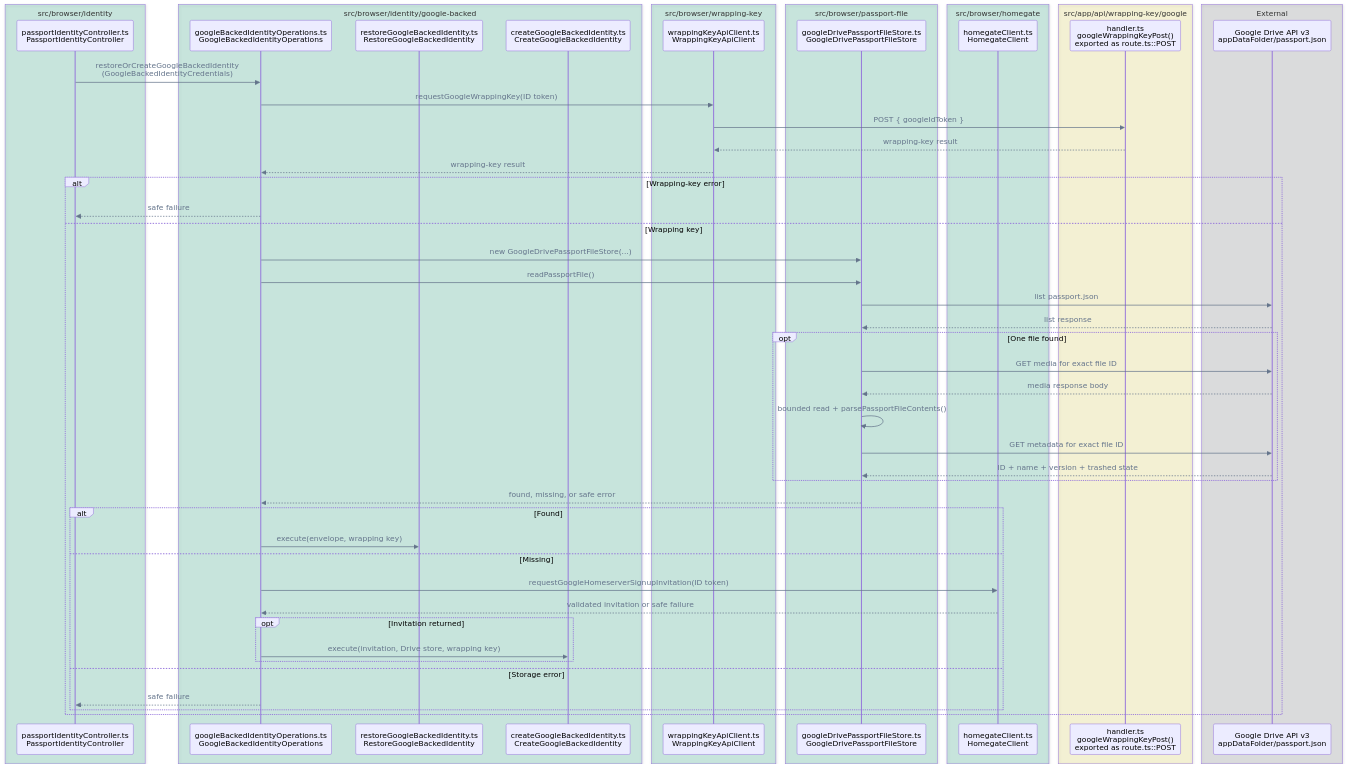
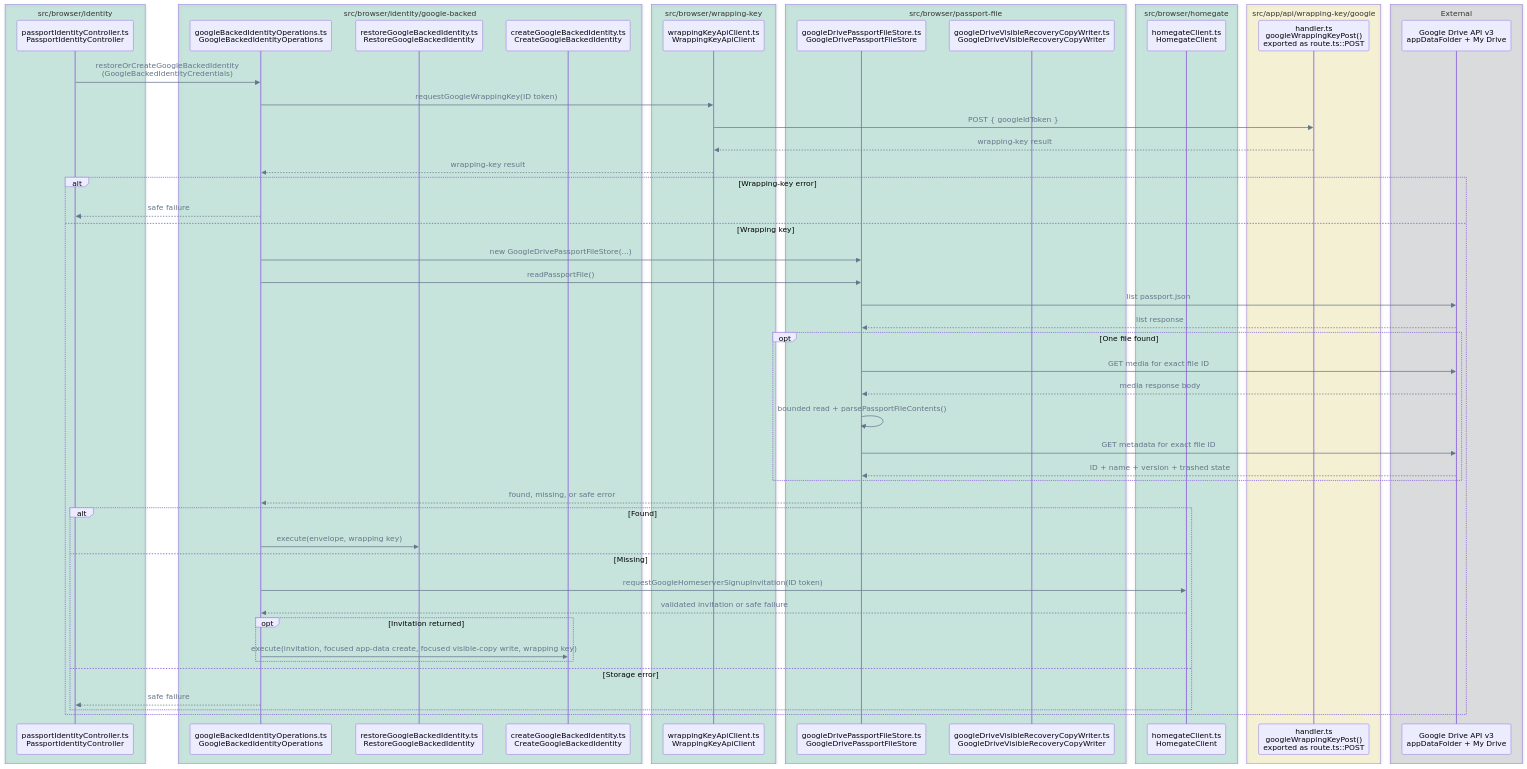
Before and after one commit to pubky/pubky-passport: the eighth of 14 diagrams in FLOWS.md, drawn with Mermaid. The commit also changed other lines of this file and 19 other files, not shown here.

Commit message:
feat: add visible Drive recovery copies

````diff
--- a/FLOWS.md
+++ b/FLOWS.md
@@ -377,62 +378,63 @@
 ```mermaid
 %%{init: {"themeVariables": {"signalColor": "#64748B", "signalTextColor": "#64748B"}}}%%
 sequenceDiagram
     accTitle: Google-backed custody/recovery establishment call flow
     accDescr: GoogleBackedIdentityOperations requests a wrapping key, reads the Google Drive Passport file, and dispatches a found file to restore or requests a Homegate invitation before creating a missing identity, without passing the wrapping key to Drive storage.
     box rgba(0, 158, 115, 0.18) src/browser/identity
         participant Controller as passportIdentityController.ts<br/>PassportIdentityController
     end
     box rgba(0, 158, 115, 0.18) src/browser/identity/google-backed
         participant Operations as googleBackedIdentityOperations.ts<br/>GoogleBackedIdentityOperations
         participant Restore as restoreGoogleBackedIdentity.ts<br/>RestoreGoogleBackedIdentity
         participant Creator as createGoogleBackedIdentity.ts<br/>CreateGoogleBackedIdentity
     end
     box rgba(0, 158, 115, 0.18) src/browser/wrapping-key
         participant Wrapping as wrappingKeyApiClient.ts<br/>WrappingKeyApiClient
     end
     box rgba(0, 158, 115, 0.18) src/browser/passport-file
         participant DriveStore as googleDrivePassportFileStore.ts<br/>GoogleDrivePassportFileStore
+        participant VisibleWriter as googleDriveVisibleRecoveryCopyWriter.ts<br/>GoogleDriveVisibleRecoveryCopyWriter
     end
     box rgba(0, 158, 115, 0.18) src/browser/homegate
         participant Invite as homegateClient.ts<br/>HomegateClient
     end
     box rgba(240, 228, 66, 0.18) src/app/api/wrapping-key/google
         participant API as handler.ts<br/>googleWrappingKeyPost()<br/>exported as route.ts::POST
     end
     box rgba(17, 24, 39, 0.12) External
-        participant Drive as Google Drive API v3<br/>appDataFolder/passport.json
+        participant Drive as Google Drive API v3<br/>appDataFolder + My Drive
     end
 
     Controller->>Operations: restoreOrCreateGoogleBackedIdentity<br/>(GoogleBackedIdentityCredentials)
     Operations->>Wrapping: requestGoogleWrappingKey(ID token)
     Wrapping->>API: POST { googleIdToken }
     API-->>Wrapping: wrapping-key result
     Wrapping-->>Operations: wrapping-key result
     alt Wrapping-key error
         Operations-->>Controller: safe failure
     else Wrapping key
         Operations->>DriveStore: new GoogleDrivePassportFileStore(...)
         Operations->>DriveStore: readPassportFile()
         DriveStore->>Drive: list passport.json
         Drive-->>DriveStore: list response
         opt One file found
             DriveStore->>Drive: GET media for exact file ID
             Drive-->>DriveStore: media response body
             DriveStore->>DriveStore: bounded read + parsePassportFileContents()
             DriveStore->>Drive: GET metadata for exact file ID
             Drive-->>DriveStore: ID + name + version + trashed state
         end
         DriveStore-->>Operations: found, missing, or safe error
         alt Found
             Operations->>Restore: execute(envelope, wrapping key)
         else Missing
             Operations->>Invite: requestGoogleHomeserverSignupInvitation(ID token)
             Invite-->>Operations: validated invitation or safe failure
             opt Invitation returned
-                Operations->>Creator: execute(invitation, Drive store, wrapping key)
+                Operations->>Creator: execute(invitation, focused app-data create, focused visible-copy write, wrapping key)
             end
         else Storage error
             Operations-->>Controller: safe failure
         end
     end
 ```
````
